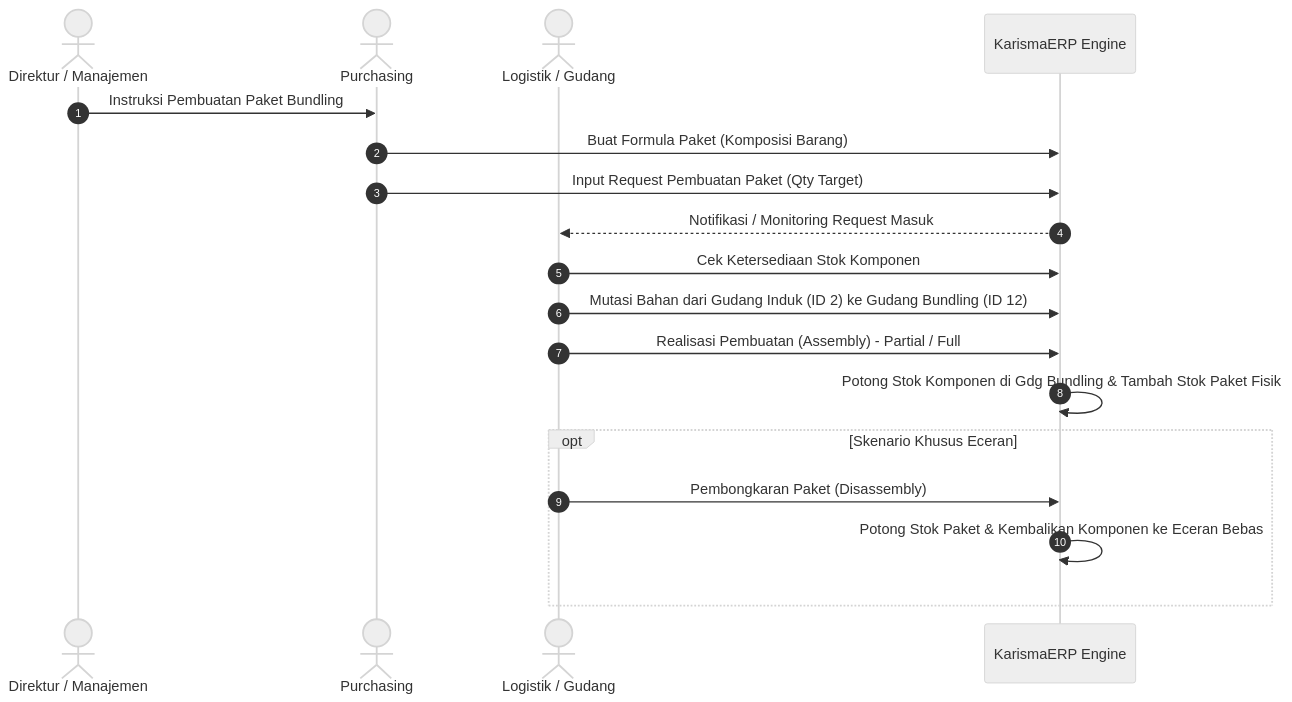
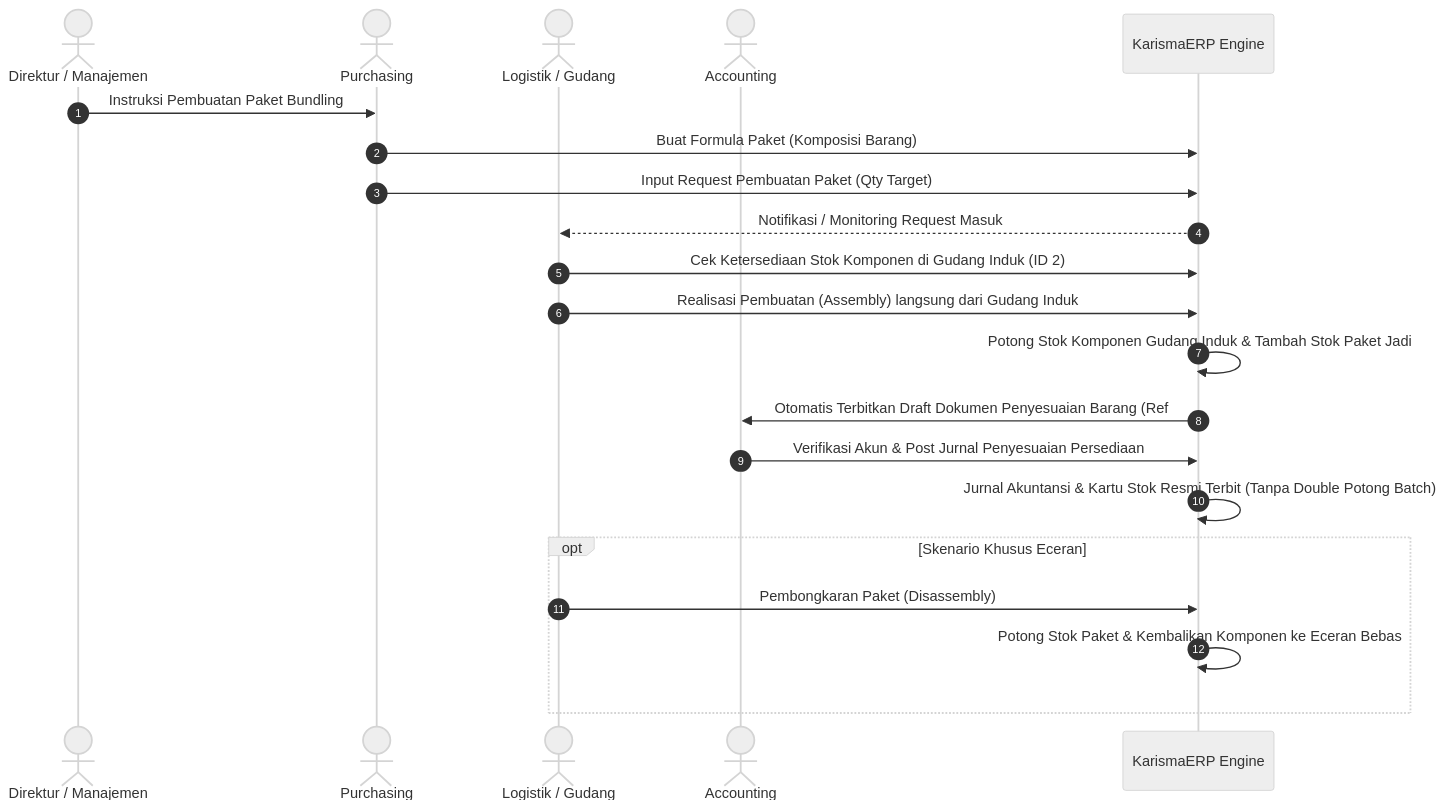
Before and after one commit to jojobejo/karismaerp: the diagram in docs/penggunaan-paket-bundling-purchasing-dan-logistik-20260907.md, drawn with Mermaid (neutral theme). The commit also changed other lines of this file and 13 other files, not shown here.

Commit message:
feat: integrasi draft penyesuaian bundling accounting dan penyesuaian tab lpb manual halaman admlpb

````diff
--- a/docs/penggunaan-paket-bundling-purchasing-dan-logistik-20260907.md
+++ b/docs/penggunaan-paket-bundling-purchasing-dan-logistik-20260907.md
@@ -30,21 +30,24 @@
 ```mermaid
 sequenceDiagram
     autonumber
     actor DIR as Direktur / Manajemen
     actor PUR as Purchasing
     actor LOG as Logistik / Gudang
+    actor ACC as Accounting
     participant SYS as KarismaERP Engine
 
     DIR->>PUR: Instruksi Pembuatan Paket Bundling
     PUR->>SYS: Buat Formula Paket (Komposisi Barang)
     PUR->>SYS: Input Request Pembuatan Paket (Qty Target)
     SYS-->>LOG: Notifikasi / Monitoring Request Masuk
-    LOG->>SYS: Cek Ketersediaan Stok Komponen
-    LOG->>SYS: Mutasi Bahan dari Gudang Induk (ID 2) ke Gudang Bundling (ID 12)
-    LOG->>SYS: Realisasi Pembuatan (Assembly) - Partial / Full
-    SYS->>SYS: Potong Stok Komponen di Gdg Bundling & Tambah Stok Paket Fisik
+    LOG->>SYS: Cek Ketersediaan Stok Komponen di Gudang Induk (ID 2)
+    LOG->>SYS: Realisasi Pembuatan (Assembly) langsung dari Gudang Induk
+    SYS->>SYS: Potong Stok Komponen Gudang Induk & Tambah Stok Paket Jadi
+    SYS->>ACC: Otomatis Terbitkan Draft Dokumen Penyesuaian Barang (Ref #APB...)
+    ACC->>SYS: Verifikasi Akun & Post Jurnal Penyesuaian Persediaan
+    SYS->>SYS: Jurnal Akuntansi & Kartu Stok Resmi Terbit (Tanpa Double Potong Batch)
     opt Skenario Khusus Eceran
         LOG->>SYS: Pembongkaran Paket (Disassembly)
         SYS->>SYS: Potong Stok Paket & Kembalikan Komponen ke Eceran Bebas
     end
 ```
````
